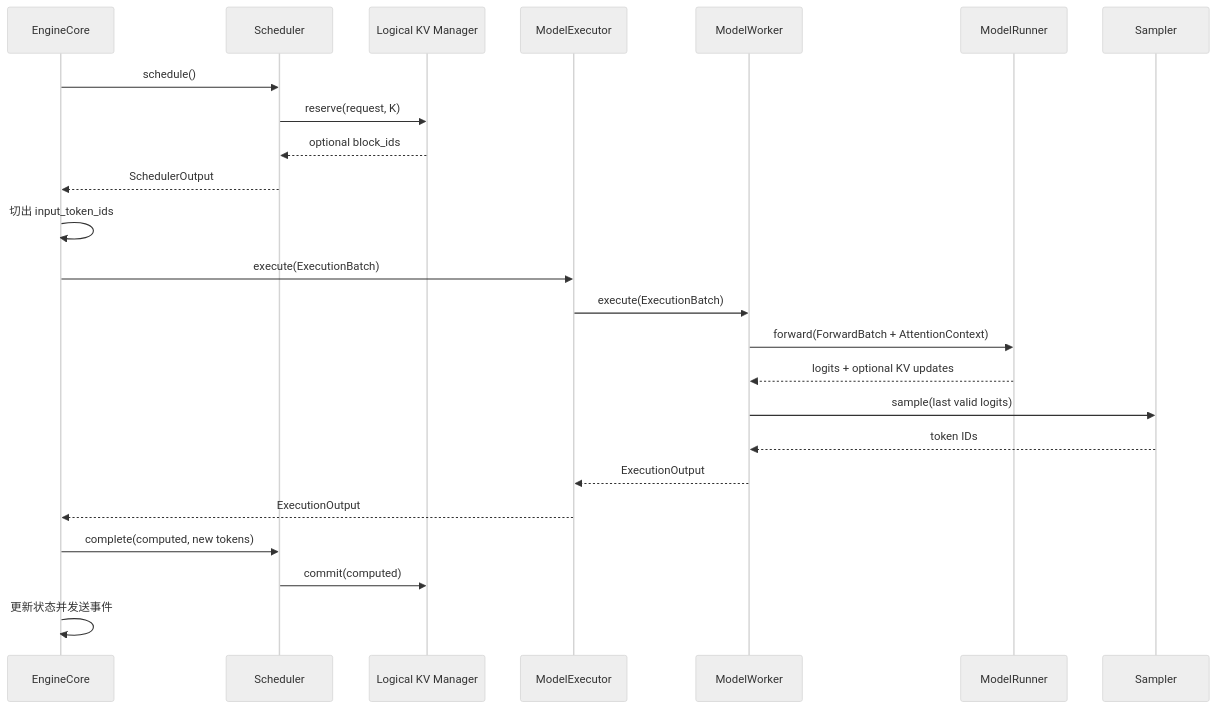
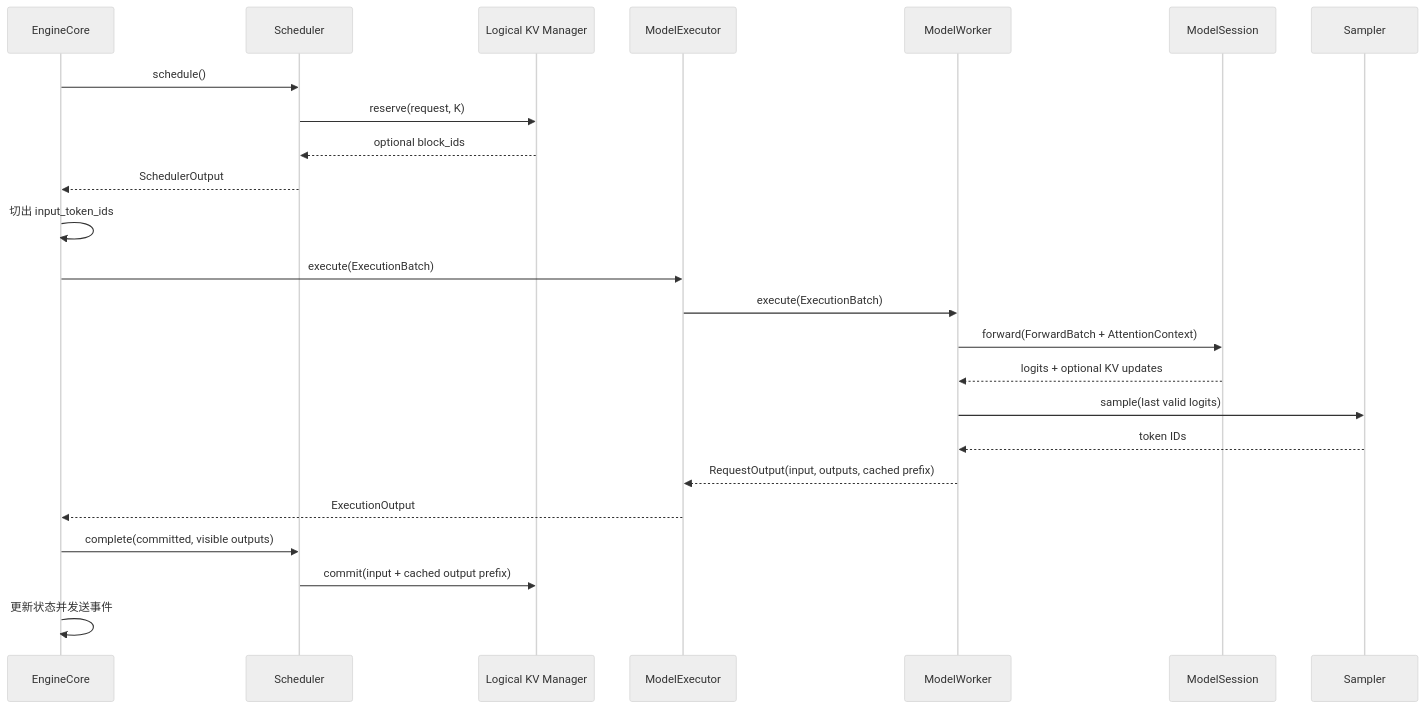
Before and after one commit to poorpaper/light-vllm: the second of 3 diagrams in docs/design.md, drawn with Mermaid (neutral theme). The commit also changed other lines of this file and 40 other files, not shown here.

````diff
--- a/docs/design.md
+++ b/docs/design.md
@@ -101,27 +117,27 @@
 ```mermaid
 sequenceDiagram
     participant E as EngineCore
     participant S as Scheduler
     participant K as Logical KV Manager
     participant X as ModelExecutor
     participant W as ModelWorker
-    participant M as ModelRunner
+    participant M as ModelSession
     participant P as Sampler
 
     E->>S: schedule()
     S->>K: reserve(request, K)
     K-->>S: optional block_ids
     S-->>E: SchedulerOutput
     E->>E: 切出 input_token_ids
     E->>X: execute(ExecutionBatch)
     X->>W: execute(ExecutionBatch)
     W->>M: forward(ForwardBatch + AttentionContext)
     M-->>W: logits + optional KV updates
     W->>P: sample(last valid logits)
     P-->>W: token IDs
-    W-->>X: ExecutionOutput
+    W-->>X: RequestOutput(input, outputs, cached prefix)
     X-->>E: ExecutionOutput
-    E->>S: complete(computed, new tokens)
-    S->>K: commit(computed)
+    E->>S: complete(committed, visible outputs)
+    S->>K: commit(input + cached output prefix)
     E->>E: 更新状态并发送事件
 ```
````
